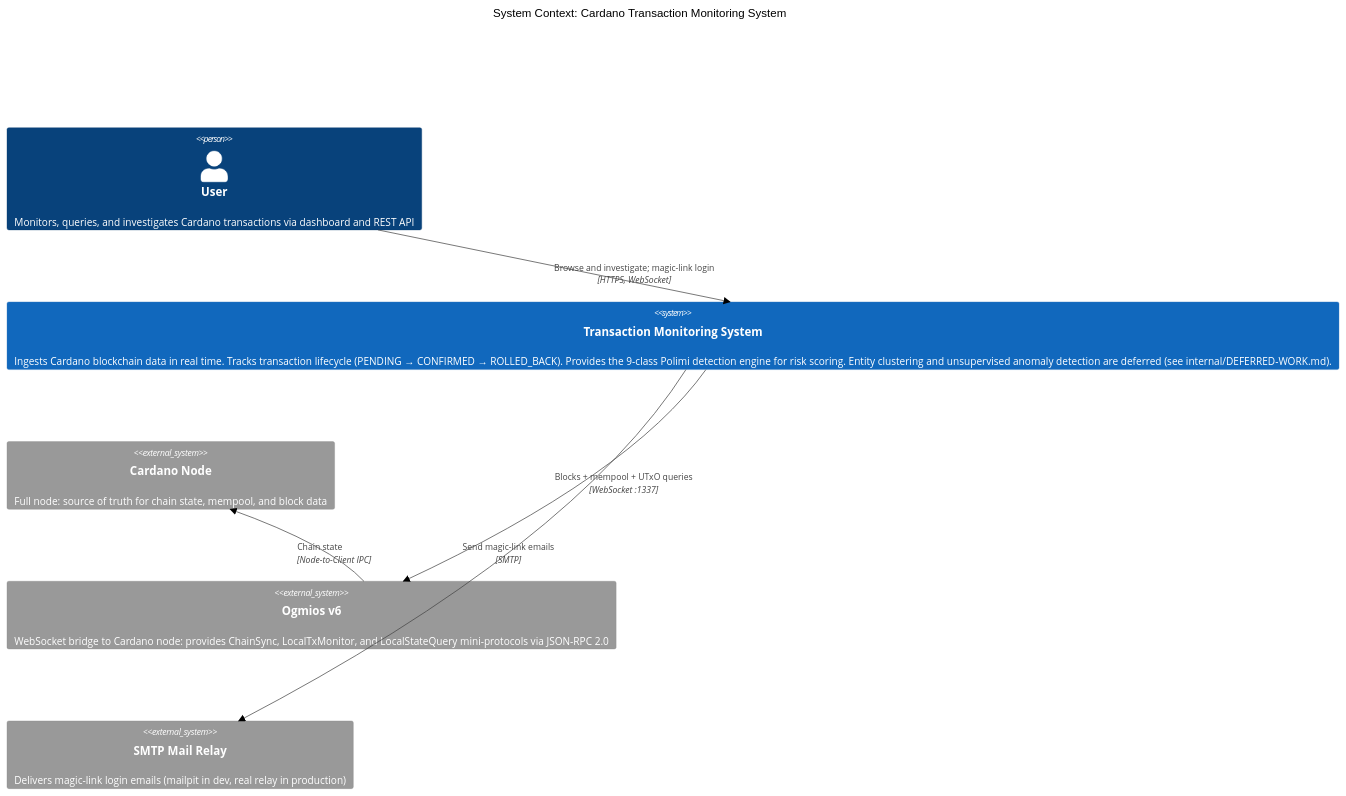
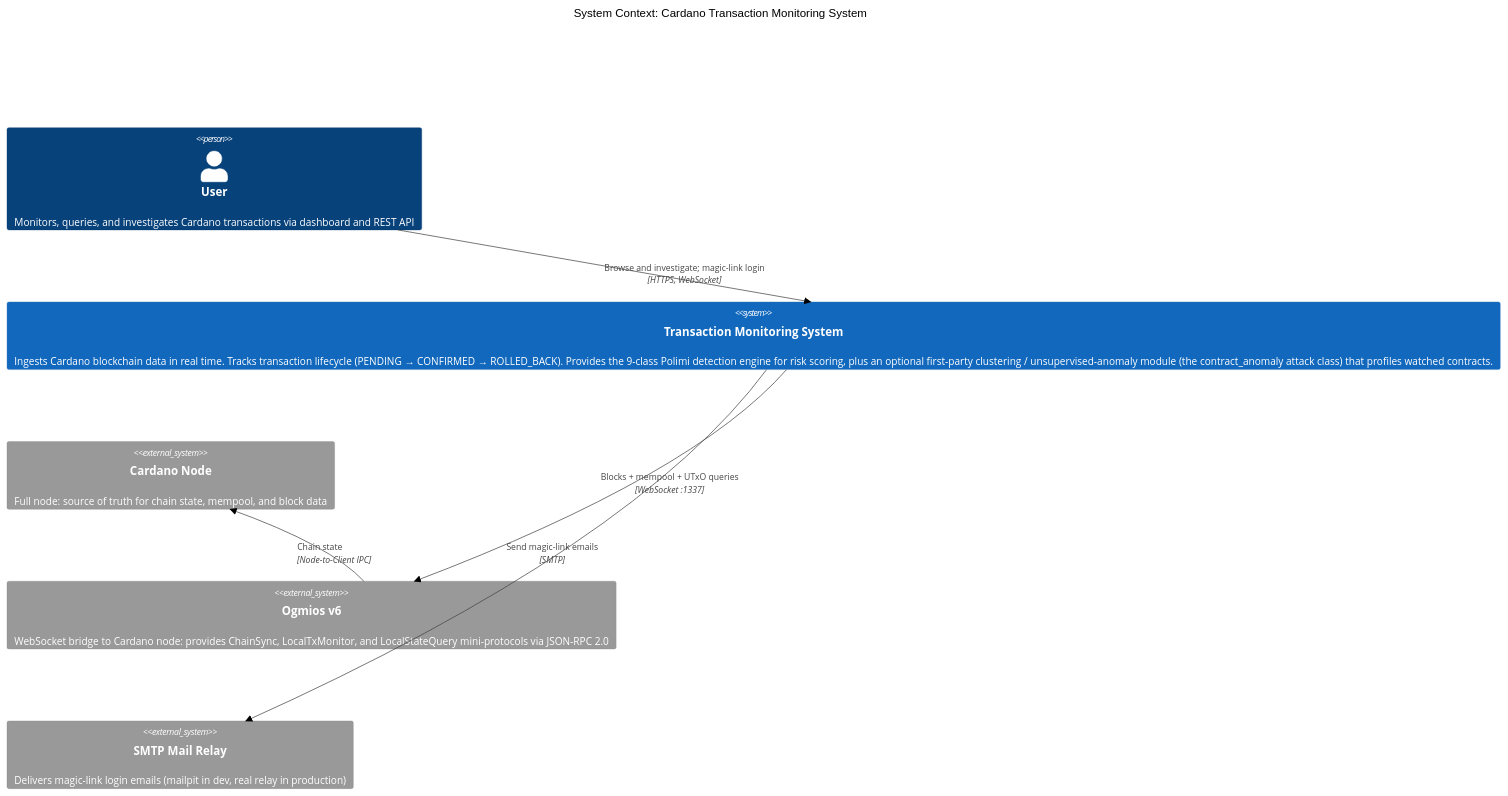
The first of 7 diagrams in docs/C4-ARCHITECTURE.md (input-output-hk/TransactionMonitoringSystem), drawn with Mermaid (forest theme) before and after one commit. The commit also changed other lines of this file and 3 other files, not shown here.

First line of the commit message:
docs: document the clustering module as first-party architecture

````diff
--- a/docs/C4-ARCHITECTURE.md
+++ b/docs/C4-ARCHITECTURE.md
@@ -7,17 +7,17 @@
 ```mermaid
 C4Context
     title System Context: Cardano Transaction Monitoring System
 
     Person(user, "User", "Monitors, queries, and investigates Cardano transactions via dashboard and REST API")
 
-    System(tms, "Transaction Monitoring System", "Ingests Cardano blockchain data in real time. Tracks transaction lifecycle (PENDING → CONFIRMED → ROLLED_BACK). Provides the 9-class Polimi detection engine for risk scoring. Entity clustering and unsupervised anomaly detection are deferred (see internal/DEFERRED-WORK.md).")
+    System(tms, "Transaction Monitoring System", "Ingests Cardano blockchain data in real time. Tracks transaction lifecycle (PENDING → CONFIRMED → ROLLED_BACK). Provides the 9-class Polimi detection engine for risk scoring, plus an optional first-party clustering / unsupervised-anomaly module (the contract_anomaly attack class) that profiles watched contracts.")
 
     System_Ext(cardano_node, "Cardano Node", "Full node: source of truth for chain state, mempool, and block data")
     System_Ext(ogmios, "Ogmios v6", "WebSocket bridge to Cardano node: provides ChainSync, LocalTxMonitor, and LocalStateQuery mini-protocols via JSON-RPC 2.0")
     System_Ext(mail, "SMTP Mail Relay", "Delivers magic-link login emails (mailpit in dev, real relay in production)")
 
     Rel(user, tms, "Browse and investigate; magic-link login", "HTTPS, WebSocket")
     Rel(tms, ogmios, "Blocks + mempool + UTxO queries", "WebSocket :1337")
     Rel(tms, mail, "Send magic-link emails", "SMTP")
     Rel(ogmios, cardano_node, "Chain state", "Node-to-Client IPC")
 ```
````
